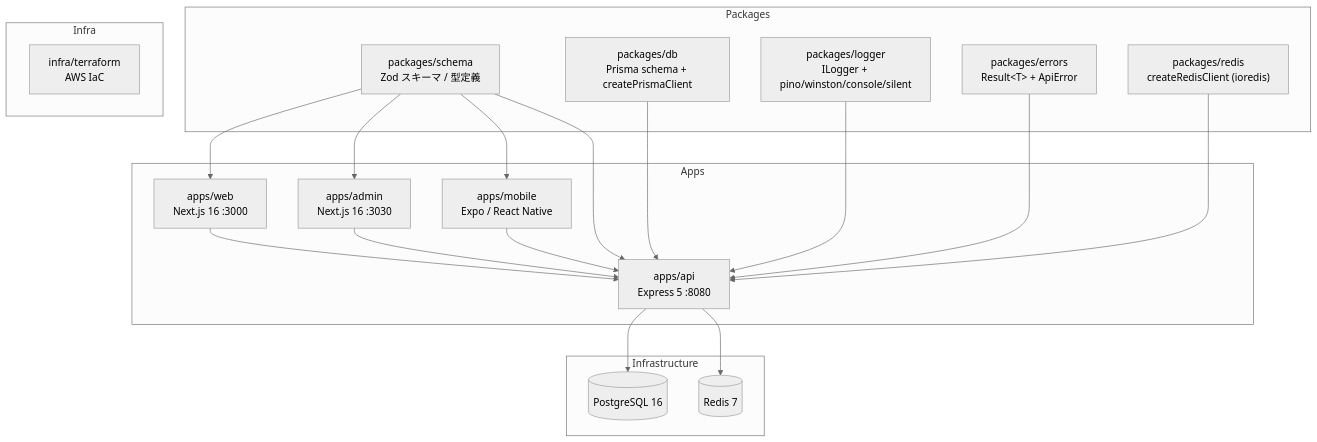
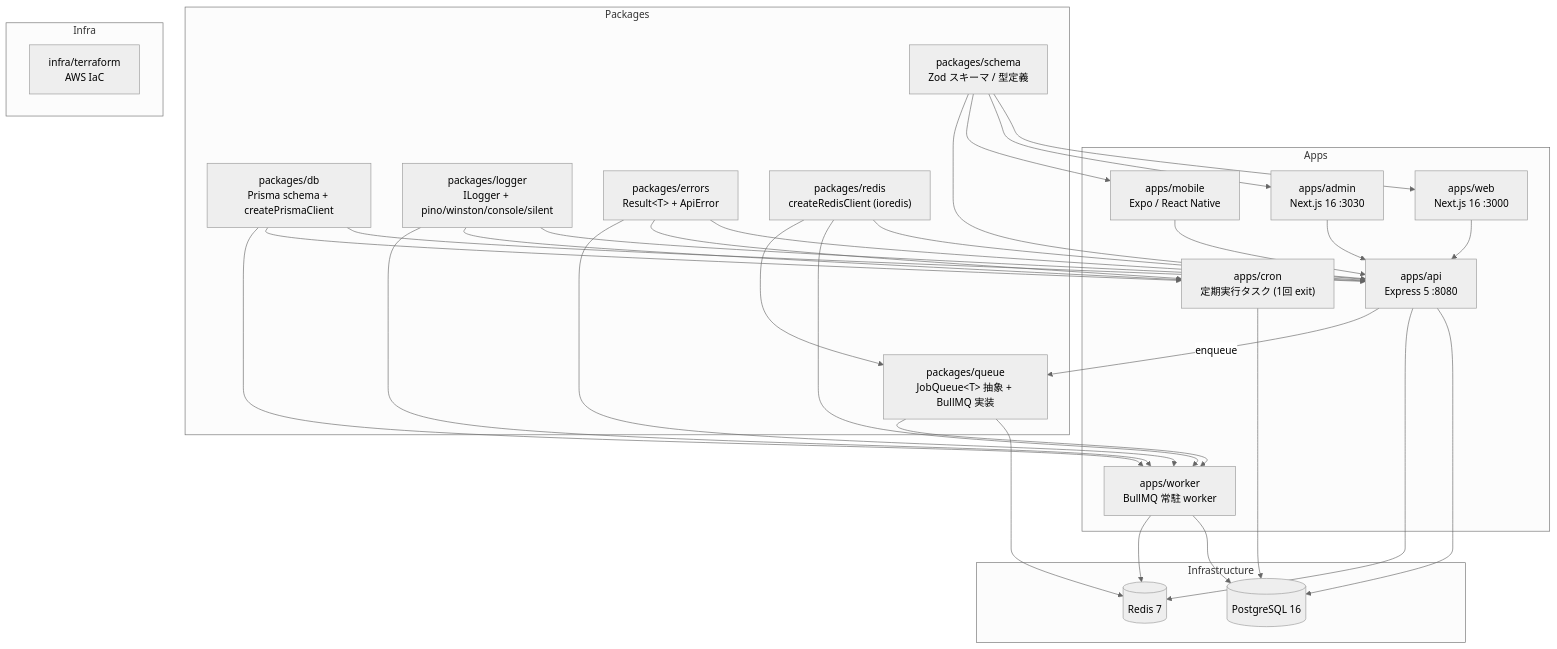
The diagram in README.md (kentakki416/project-template), drawn with Mermaid (neutral theme) before and after one commit. The commit also changed other lines of this file and 9 other files, not shown here.

First line of the commit message:
docs(packages): 全 packages に README.md を追加 + cron/worker の .env.keys symlink

````diff
--- a/README.md
+++ b/README.md
@@ -25,40 +25,57 @@
 ```mermaid
 graph TB
     subgraph Apps
         Web["apps/web<br/>Next.js 16 :3000"]
         Admin["apps/admin<br/>Next.js 16 :3030"]
         Mobile["apps/mobile<br/>Expo / React Native"]
         API["apps/api<br/>Express 5 :8080"]
+        Cron["apps/cron<br/>定期実行タスク (1回 exit)"]
+        Worker["apps/worker<br/>BullMQ 常駐 worker"]
     end
 
     subgraph Packages
         Schema["packages/schema<br/>Zod スキーマ / 型定義"]
         DB["packages/db<br/>Prisma schema + createPrismaClient"]
         Logger["packages/logger<br/>ILogger + pino/winston/console/silent"]
         Errors["packages/errors<br/>Result&lt;T&gt; + ApiError"]
         RedisPkg["packages/redis<br/>createRedisClient (ioredis)"]
+        Queue["packages/queue<br/>JobQueue&lt;T&gt; 抽象 + BullMQ 実装"]
     end
 
     subgraph Infra
         Terraform["infra/terraform<br/>AWS IaC"]
     end
 
     subgraph Infrastructure
         PostgreSQL[(PostgreSQL 16)]
         Redis[(Redis 7)]
     end
 
     Web --> API
     Admin --> API
     Mobile --> API
     API --> PostgreSQL
     API --> Redis
+    API -->|enqueue| Queue
+    Cron --> PostgreSQL
+    Worker --> PostgreSQL
+    Worker --> Redis
+    Queue --> Redis
     Schema --> Web
     Schema --> Admin
     Schema --> Mobile
     Schema --> API
     DB --> API
+    DB --> Cron
+    DB --> Worker
     Logger --> API
+    Logger --> Cron
+    Logger --> Worker
     Errors --> API
+    Errors --> Cron
+    Errors --> Worker
     RedisPkg --> API
+    RedisPkg --> Worker
+    RedisPkg --> Queue
+    Queue --> Worker
 ```
````
